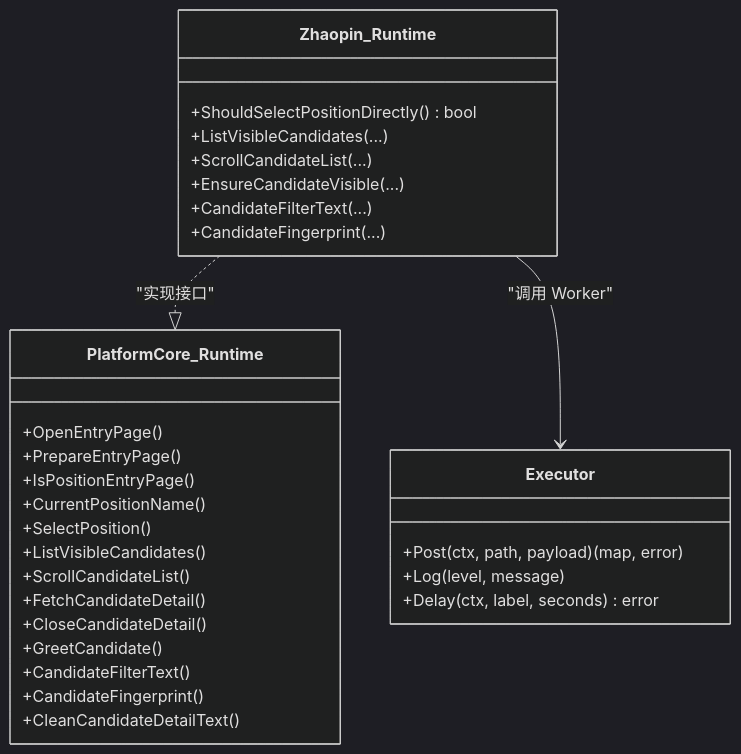
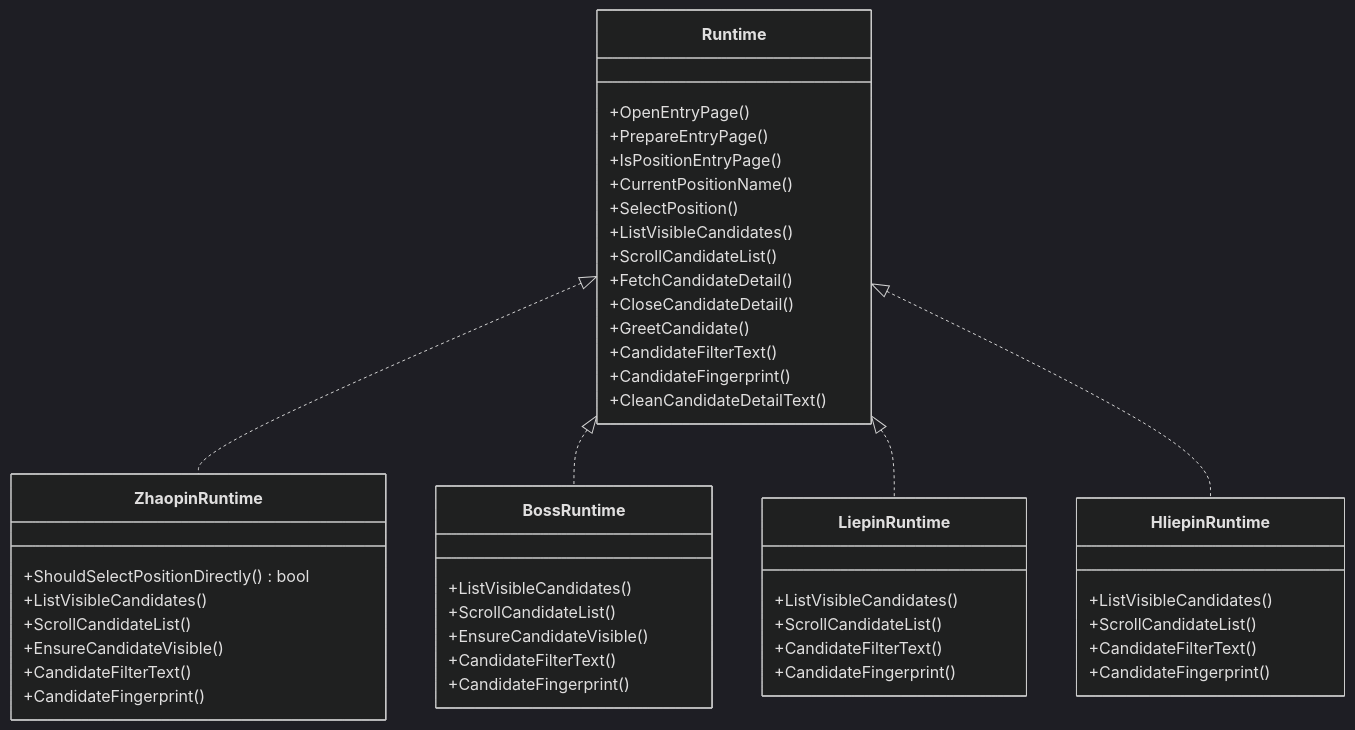
One commit to alvinwangzi/goodhr changed the third of 3 diagrams in .qoder/repowiki/zh/content/本地执行器/平台适配器/智联招聘适配器/运行时环境.md. Above: the diagram before and after it, drawn with Mermaid (dark theme). The commit also changed other lines of this file and 149 other files, not shown here.

````diff
--- a/.qoder/repowiki/zh/content/本地执行器/平台适配器/智联招聘适配器/运行时环境.md
+++ b/.qoder/repowiki/zh/content/本地执行器/平台适配器/智联招聘适配器/运行时环境.md
@@ -250,33 +209,49 @@
 ```mermaid
 classDiagram
-class PlatformCore_Runtime {
+class Runtime {
 +OpenEntryPage()
 +PrepareEntryPage()
 +IsPositionEntryPage()
 +CurrentPositionName()
 +SelectPosition()
 +ListVisibleCandidates()
 +ScrollCandidateList()
 +FetchCandidateDetail()
 +CloseCandidateDetail()
 +GreetCandidate()
 +CandidateFilterText()
 +CandidateFingerprint()
 +CleanCandidateDetailText()
 }
-class Zhaopin_Runtime {
+class ZhaopinRuntime {
 +ShouldSelectPositionDirectly() bool
-+ListVisibleCandidates(...)
-+ScrollCandidateList(...)
-+EnsureCandidateVisible(...)
-+CandidateFilterText(...)
-+CandidateFingerprint(...)
++ListVisibleCandidates()
++ScrollCandidateList()
++EnsureCandidateVisible()
++CandidateFilterText()
++CandidateFingerprint()
 }
-class Executor {
-+Post(ctx, path, payload) (map, error)
-+Log(level, message)
-+Delay(ctx, label, seconds) error
+class BossRuntime {
++ListVisibleCandidates()
++ScrollCandidateList()
++EnsureCandidateVisible()
++CandidateFilterText()
++CandidateFingerprint()
 }
-Zhaopin_Runtime ..|> PlatformCore_Runtime : "实现接口"
-Zhaopin_Runtime --> Executor : "调用 Worker"
+class LiepinRuntime {
++ListVisibleCandidates()
++ScrollCandidateList()
++CandidateFilterText()
++CandidateFingerprint()
+}
+class HliepinRuntime {
++ListVisibleCandidates()
++ScrollCandidateList()
++CandidateFilterText()
++CandidateFingerprint()
+}
+Runtime <|.. ZhaopinRuntime
+Runtime <|.. BossRuntime
+Runtime <|.. LiepinRuntime
+Runtime <|.. HliepinRuntime
 ```
````
